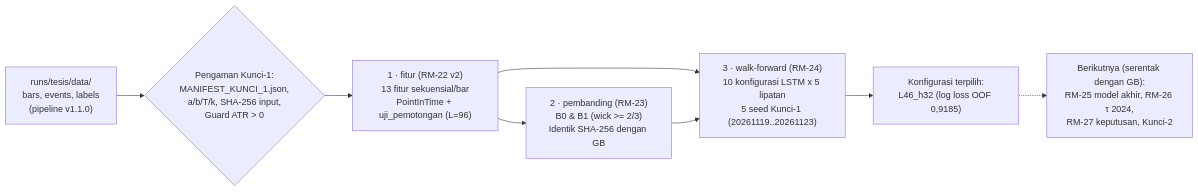
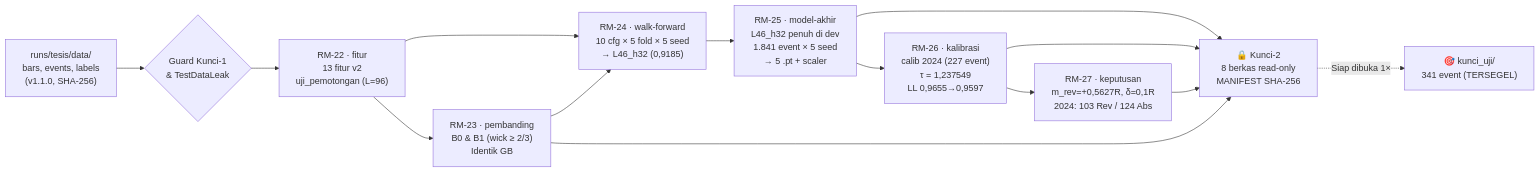
The diagram in docs/lstm/PEMODELAN_LSTM.md (rizalpriyono/xauusd-pdhl-ml), drawn with Mermaid before and after one commit. The commit also changed other lines of this file and 13 other files, not shown here.

First line of the commit message:
feat: implement final LSTM model training (RM-25) and unit tests for advanced stages

````diff
--- a/docs/lstm/PEMODELAN_LSTM.md
+++ b/docs/lstm/PEMODELAN_LSTM.md
@@ -32,10 +21,16 @@
 ```mermaid
 flowchart LR
-    D["runs/tesis/data/\nbars, events, labels\n(pipeline v1.1.0)"] --> C{"Pengaman Kunci-1:\nMANIFEST_KUNCI_1.json,\na/b/T/k, SHA-256 input,\nGuard ATR > 0"}
-    C --> F["1 · fitur (RM-22 v2)\n13 fitur sekuensial/bar\nPointInTime + uji_pemotongan (L=96)"]
-    F --> B["2 · pembanding (RM-23)\nB0 & B1 (wick >= 2/3)\nIdentik SHA-256 dengan GB"]
-    F --> W["3 · walk-forward (RM-24)\n10 konfigurasi LSTM x 5 lipatan\n5 seed Kunci-1 (20261119..20261123)"]
+    D["runs/tesis/data/\nbars, events, labels\n(v1.1.0, SHA-256)"] --> C{"Guard Kunci-1\n& TestDataLeak"}
+    C --> F["RM-22 · fitur\n13 fitur v2\nuji_pemotongan (L=96)"]
+    F --> B["RM-23 · pembanding\nB0 & B1 (wick ≥ 2/3)\nIdentik GB"]
+    F --> W["RM-24 · walk-forward\n10 cfg × 5 fold × 5 seed\n→ L46_h32 (0,9185)"]
     B --> W
-    W --> P["Konfigurasi terpilih:\nL46_h32 (log loss OOF 0,9185)"]
-    P -.-> L["Berikutnya (serentak dengan GB):\nRM-25 model akhir, RM-26 τ 2024,\nRM-27 keputusan, Kunci-2"]
+    W --> M["RM-25 · model-akhir\nL46_h32 penuh di dev\n1.841 event × 5 seed\n→ 5 .pt + scaler"]
+    M --> K["RM-26 · kalibrasi\ncalib 2024 (227 event)\nτ = 1,237549\nLL 0,9655→0,9597"]
+    K --> R["RM-27 · keputusan\nm_rev=+0,5627R, δ=0,1R\n2024: 103 Rev / 124 Abs"]
+    M --> L2["🔒 Kunci-2\n8 berkas read-only\nMANIFEST SHA-256"]
+    K --> L2
+    R --> L2
+    B --> L2
+    L2 -. "Siap dibuka 1×" .-> T["🎯 kunci_uji/\n341 event (TERSEGEL)"]
 ```
````
